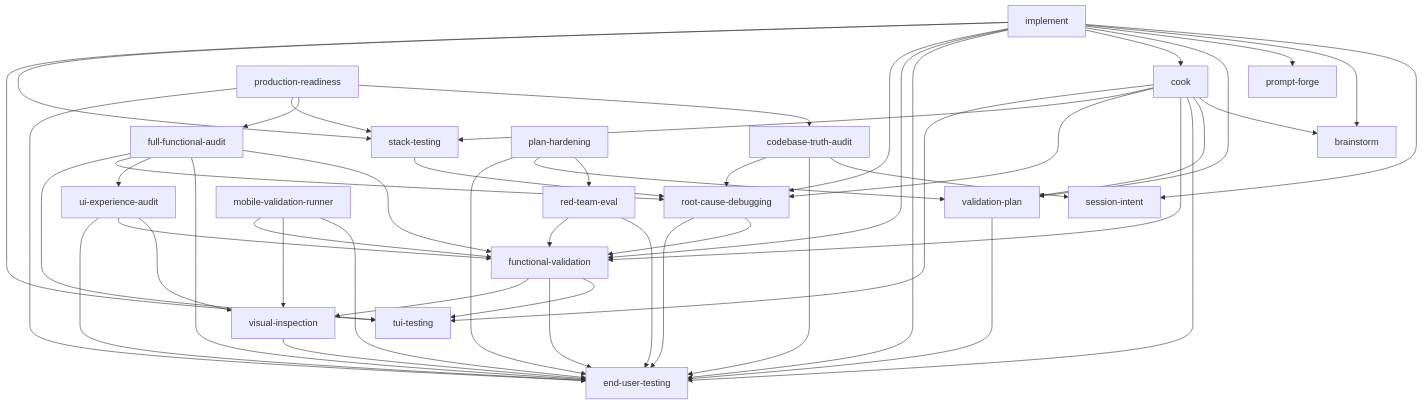
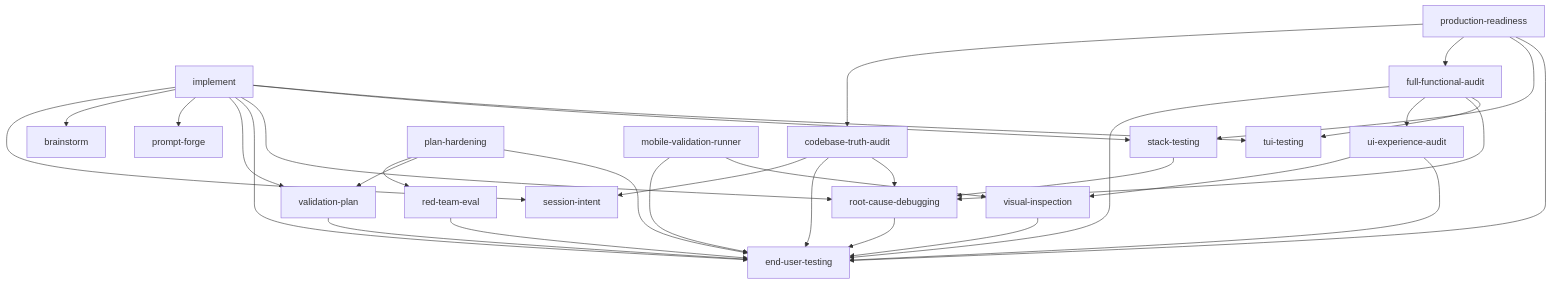
The diagram in plugins/proofpunk/docs/architecture.md (krzemienski/proofpunk), drawn with Mermaid before and after one commit. The commit also changed other lines of this file and 72 other files, not shown here.

````diff
--- a/plugins/proofpunk/docs/architecture.md
+++ b/plugins/proofpunk/docs/architecture.md
@@ -55,52 +54,35 @@
 ```mermaid
 graph TD
   n0["end-user-testing"]
   implement --> session-intent
   implement --> brainstorm
   implement --> prompt-forge
   implement --> validation-plan
-  implement --> cook
   implement --> n0
-  implement --> functional-validation
   implement --> root-cause-debugging
   implement --> stack-testing
   implement --> tui-testing
-  cook --> brainstorm
-  cook --> validation-plan
-  cook --> n0
-  cook --> functional-validation
-  cook --> root-cause-debugging
-  cook --> stack-testing
-  cook --> tui-testing
   production-readiness --> codebase-truth-audit
   production-readiness --> full-functional-audit
   production-readiness --> stack-testing
   production-readiness --> n0
   codebase-truth-audit --> session-intent
   codebase-truth-audit --> n0
   codebase-truth-audit --> root-cause-debugging
-  full-functional-audit --> functional-validation
   full-functional-audit --> n0
   full-functional-audit --> ui-experience-audit
   full-functional-audit --> root-cause-debugging
   full-functional-audit --> tui-testing
-  functional-validation --> tui-testing
   plan-hardening --> red-team-eval
   plan-hardening --> validation-plan
   plan-hardening --> n0
   stack-testing --> root-cause-debugging
   mobile-validation-runner --> n0
   mobile-validation-runner --> visual-inspection
-  mobile-validation-runner --> functional-validation
   red-team-eval --> n0
-  red-team-eval --> functional-validation
-  root-cause-debugging --> functional-validation
   root-cause-debugging --> n0
   ui-experience-audit --> visual-inspection
-  ui-experience-audit --> functional-validation
   ui-experience-audit --> n0
-  functional-validation --> n0
-  functional-validation --> visual-inspection
   visual-inspection --> n0
   validation-plan --> n0
 ```
````
